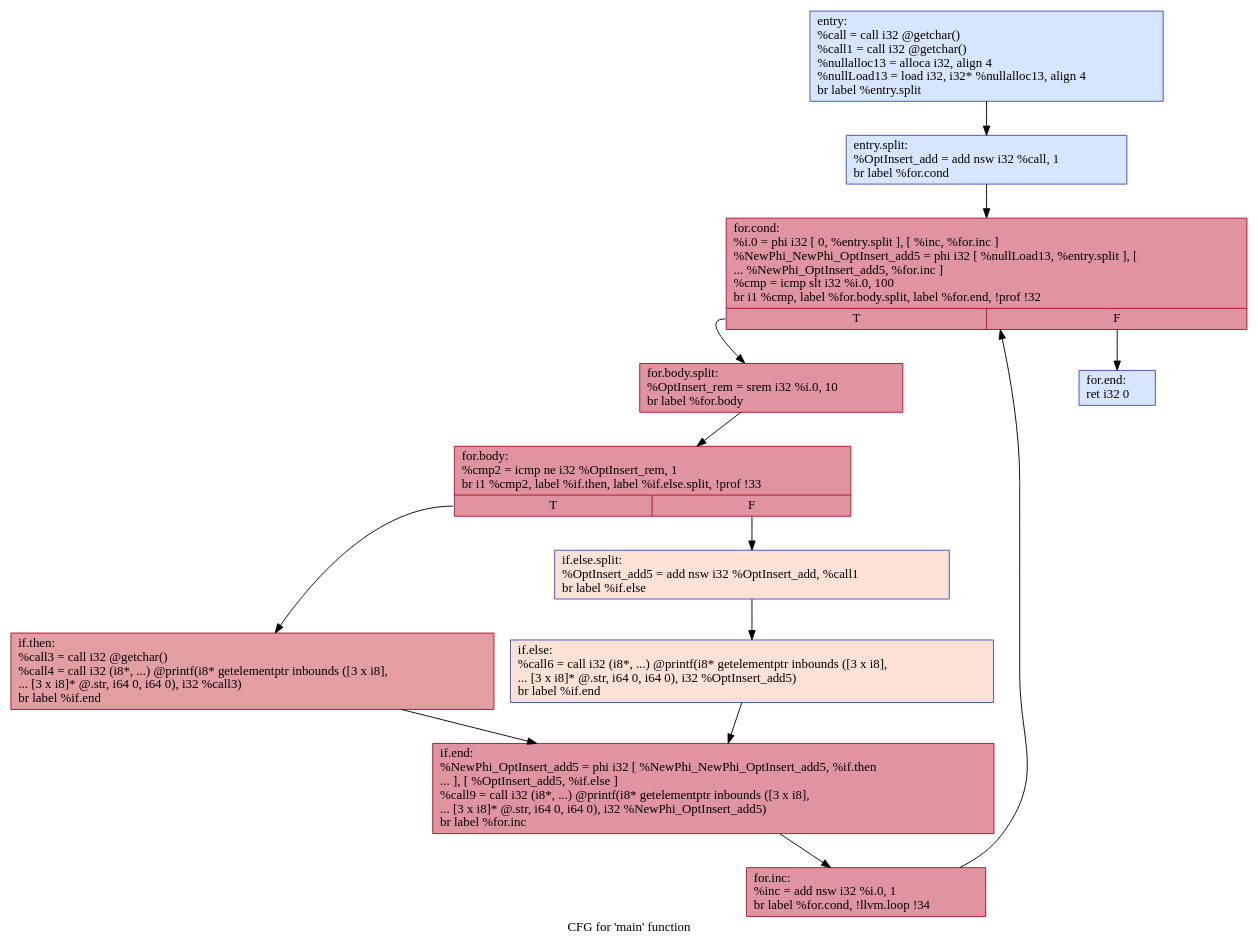
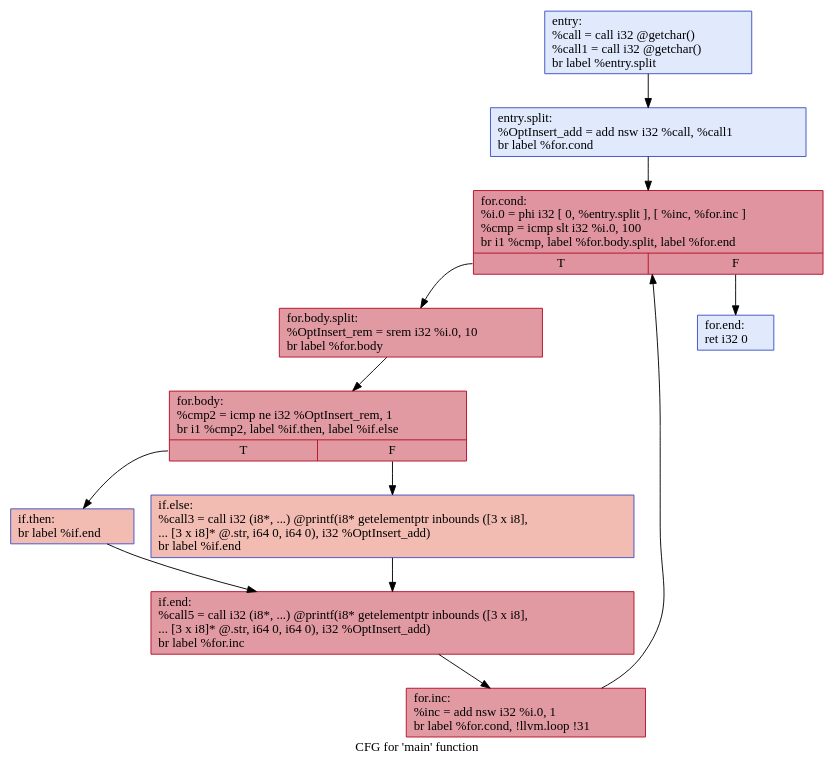
One commit to GGLeod/Speculation-Based-GVNPRE changed the diagram in visual/.main.dot. Above: the diagram before and after it, drawn with Graphviz. The commit also changed 79 other files, not shown here.

```diff
--- a/visual/.main.dot
+++ b/visual/.main.dot
@@ -1,27 +1,25 @@
 digraph "CFG for 'main' function" {
 	label="CFG for 'main' function";
 
-	Node0x55d349a20640 [shape=record,color="#3d50c3ff", style=filled, fillcolor="#a5c3fe70",label="{entry:\l  %call = call i32 @getchar()\l  %call1 = call i32 @getchar()\l  %nullalloc13 = alloca i32, align 4\l  %nullLoad13 = load i32, i32* %nullalloc13, align 4\l  br label %entry.split\l}"];
-	Node0x55d349a20640 -> Node0x55d349a2f8d0;
-	Node0x55d349a2f8d0 [shape=record,color="#3d50c3ff", style=filled, fillcolor="#a5c3fe70",label="{entry.split:                                      \l  %OptInsert_add = add nsw i32 %call, 1\l  br label %for.cond\l}"];
-	Node0x55d349a2f8d0 -> Node0x55d349a2f920;
-	Node0x55d349a2f920 [shape=record,color="#b70d28ff", style=filled, fillcolor="#b70d2870",label="{for.cond:                                         \l  %i.0 = phi i32 [ 0, %entry.split ], [ %inc, %for.inc ]\l  %NewPhi_NewPhi_OptInsert_add5 = phi i32 [ %nullLoad13, %entry.split ], [\l... %NewPhi_OptInsert_add5, %for.inc ]\l  %cmp = icmp slt i32 %i.0, 100\l  br i1 %cmp, label %for.body.split, label %for.end, !prof !32\l|{<s0>T|<s1>F}}"];
-	Node0x55d349a2f920:s0 -> Node0x55d349a2f970;
-	Node0x55d349a2f920:s1 -> Node0x55d349a2fba0;
-	Node0x55d349a2f970 [shape=record,color="#b70d28ff", style=filled, fillcolor="#b70d2870",label="{for.body.split:                                   \l  %OptInsert_rem = srem i32 %i.0, 10\l  br label %for.body\l}"];
-	Node0x55d349a2f970 -> Node0x55d349a2f9c0;
-	Node0x55d349a2f9c0 [shape=record,color="#b70d28ff", style=filled, fillcolor="#b70d2870",label="{for.body:                                         \l  %cmp2 = icmp ne i32 %OptInsert_rem, 1\l  br i1 %cmp2, label %if.then, label %if.else.split, !prof !33\l|{<s0>T|<s1>F}}"];
-	Node0x55d349a2f9c0:s0 -> Node0x55d349a2fa10;
-	Node0x55d349a2f9c0:s1 -> Node0x55d349a2fa60;
-	Node0x55d349a2fa10 [shape=record,color="#b70d28ff", style=filled, fillcolor="#be242e70",label="{if.then:                                          \l  %call3 = call i32 @getchar()\l  %call4 = call i32 (i8*, ...) @printf(i8* getelementptr inbounds ([3 x i8],\l... [3 x i8]* @.str, i64 0, i64 0), i32 %call3)\l  br label %if.end\l}"];
-	Node0x55d349a2fa10 -> Node0x55d349a2fb00;
-	Node0x55d349a2fa60 [shape=record,color="#3d50c3ff", style=filled, fillcolor="#f7bca170",label="{if.else.split:                                    \l  %OptInsert_add5 = add nsw i32 %OptInsert_add, %call1\l  br label %if.else\l}"];
-	Node0x55d349a2fa60 -> Node0x55d349a2fab0;
-	Node0x55d349a2fab0 [shape=record,color="#3d50c3ff", style=filled, fillcolor="#f7bca170",label="{if.else:                                          \l  %call6 = call i32 (i8*, ...) @printf(i8* getelementptr inbounds ([3 x i8],\l... [3 x i8]* @.str, i64 0, i64 0), i32 %OptInsert_add5)\l  br label %if.end\l}"];
-	Node0x55d349a2fab0 -> Node0x55d349a2fb00;
-	Node0x55d349a2fb00 [shape=record,color="#b70d28ff", style=filled, fillcolor="#b70d2870",label="{if.end:                                           \l  %NewPhi_OptInsert_add5 = phi i32 [ %NewPhi_NewPhi_OptInsert_add5, %if.then\l... ], [ %OptInsert_add5, %if.else ]\l  %call9 = call i32 (i8*, ...) @printf(i8* getelementptr inbounds ([3 x i8],\l... [3 x i8]* @.str, i64 0, i64 0), i32 %NewPhi_OptInsert_add5)\l  br label %for.inc\l}"];
-	Node0x55d349a2fb00 -> Node0x55d349a2fb50;
-	Node0x55d349a2fb50 [shape=record,color="#b70d28ff", style=filled, fillcolor="#b70d2870",label="{for.inc:                                          \l  %inc = add nsw i32 %i.0, 1\l  br label %for.cond, !llvm.loop !34\l}"];
-	Node0x55d349a2fb50 -> Node0x55d349a2f920;
-	Node0x55d349a2fba0 [shape=record,color="#3d50c3ff", style=filled, fillcolor="#a5c3fe70",label="{for.end:                                          \l  ret i32 0\l}"];
+	Node0x55caafad3640 [shape=record,color="#3d50c3ff", style=filled, fillcolor="#b9d0f970",label="{entry:\l  %call = call i32 @getchar()\l  %call1 = call i32 @getchar()\l  br label %entry.split\l}"];
+	Node0x55caafad3640 -> Node0x55caafae5240;
+	Node0x55caafae5240 [shape=record,color="#3d50c3ff", style=filled, fillcolor="#b9d0f970",label="{entry.split:                                      \l  %OptInsert_add = add nsw i32 %call, %call1\l  br label %for.cond\l}"];
+	Node0x55caafae5240 -> Node0x55caafae5290;
+	Node0x55caafae5290 [shape=record,color="#b70d28ff", style=filled, fillcolor="#b70d2870",label="{for.cond:                                         \l  %i.0 = phi i32 [ 0, %entry.split ], [ %inc, %for.inc ]\l  %cmp = icmp slt i32 %i.0, 100\l  br i1 %cmp, label %for.body.split, label %for.end\l|{<s0>T|<s1>F}}"];
+	Node0x55caafae5290:s0 -> Node0x55caafae52e0;
+	Node0x55caafae5290:s1 -> Node0x55caafae54c0;
+	Node0x55caafae52e0 [shape=record,color="#b70d28ff", style=filled, fillcolor="#bb1b2c70",label="{for.body.split:                                   \l  %OptInsert_rem = srem i32 %i.0, 10\l  br label %for.body\l}"];
+	Node0x55caafae52e0 -> Node0x55caafae5330;
+	Node0x55caafae5330 [shape=record,color="#b70d28ff", style=filled, fillcolor="#bb1b2c70",label="{for.body:                                         \l  %cmp2 = icmp ne i32 %OptInsert_rem, 1\l  br i1 %cmp2, label %if.then, label %if.else\l|{<s0>T|<s1>F}}"];
+	Node0x55caafae5330:s0 -> Node0x55caafae5380;
+	Node0x55caafae5330:s1 -> Node0x55caafae53d0;
+	Node0x55caafae5380 [shape=record,color="#3d50c3ff", style=filled, fillcolor="#e1675170",label="{if.then:                                          \l  br label %if.end\l}"];
+	Node0x55caafae5380 -> Node0x55caafae5420;
+	Node0x55caafae53d0 [shape=record,color="#3d50c3ff", style=filled, fillcolor="#e1675170",label="{if.else:                                          \l  %call3 = call i32 (i8*, ...) @printf(i8* getelementptr inbounds ([3 x i8],\l... [3 x i8]* @.str, i64 0, i64 0), i32 %OptInsert_add)\l  br label %if.end\l}"];
+	Node0x55caafae53d0 -> Node0x55caafae5420;
+	Node0x55caafae5420 [shape=record,color="#b70d28ff", style=filled, fillcolor="#bb1b2c70",label="{if.end:                                           \l  %call5 = call i32 (i8*, ...) @printf(i8* getelementptr inbounds ([3 x i8],\l... [3 x i8]* @.str, i64 0, i64 0), i32 %OptInsert_add)\l  br label %for.inc\l}"];
+	Node0x55caafae5420 -> Node0x55caafae5470;
+	Node0x55caafae5470 [shape=record,color="#b70d28ff", style=filled, fillcolor="#bb1b2c70",label="{for.inc:                                          \l  %inc = add nsw i32 %i.0, 1\l  br label %for.cond, !llvm.loop !31\l}"];
+	Node0x55caafae5470 -> Node0x55caafae5290;
+	Node0x55caafae54c0 [shape=record,color="#3d50c3ff", style=filled, fillcolor="#b9d0f970",label="{for.end:                                          \l  ret i32 0\l}"];
 }
```
